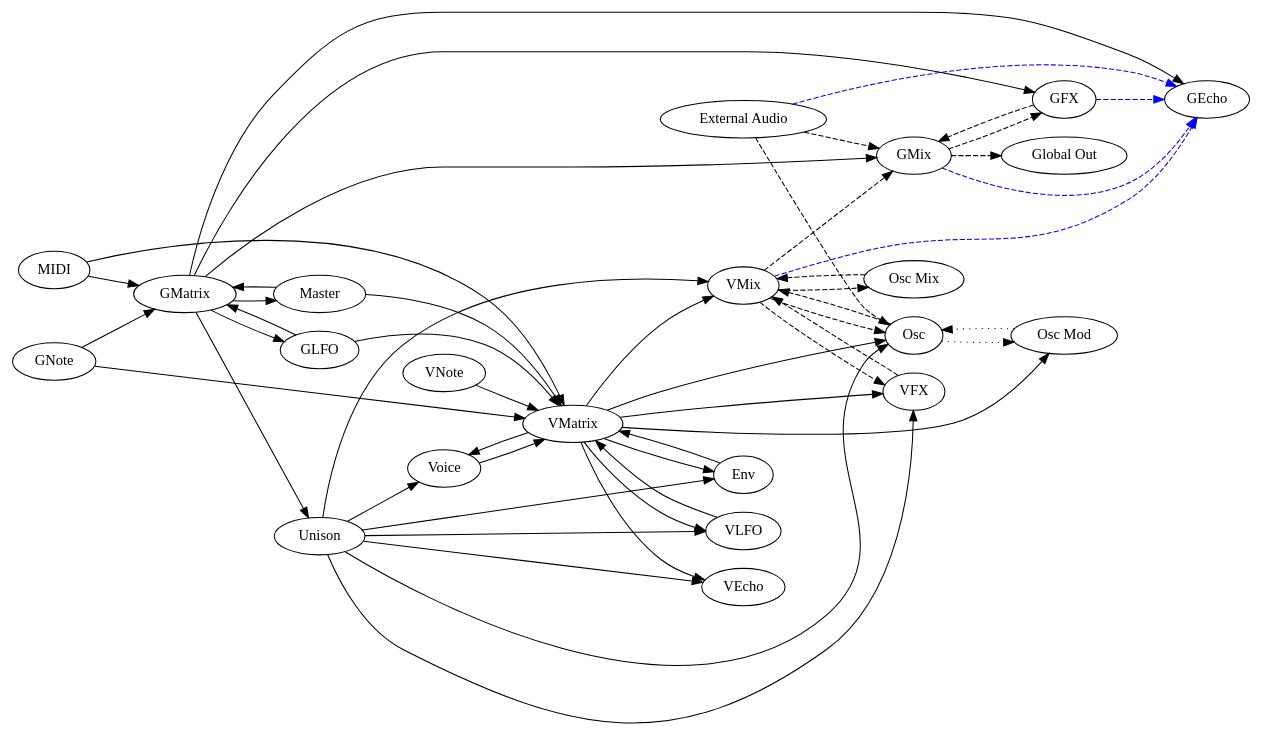
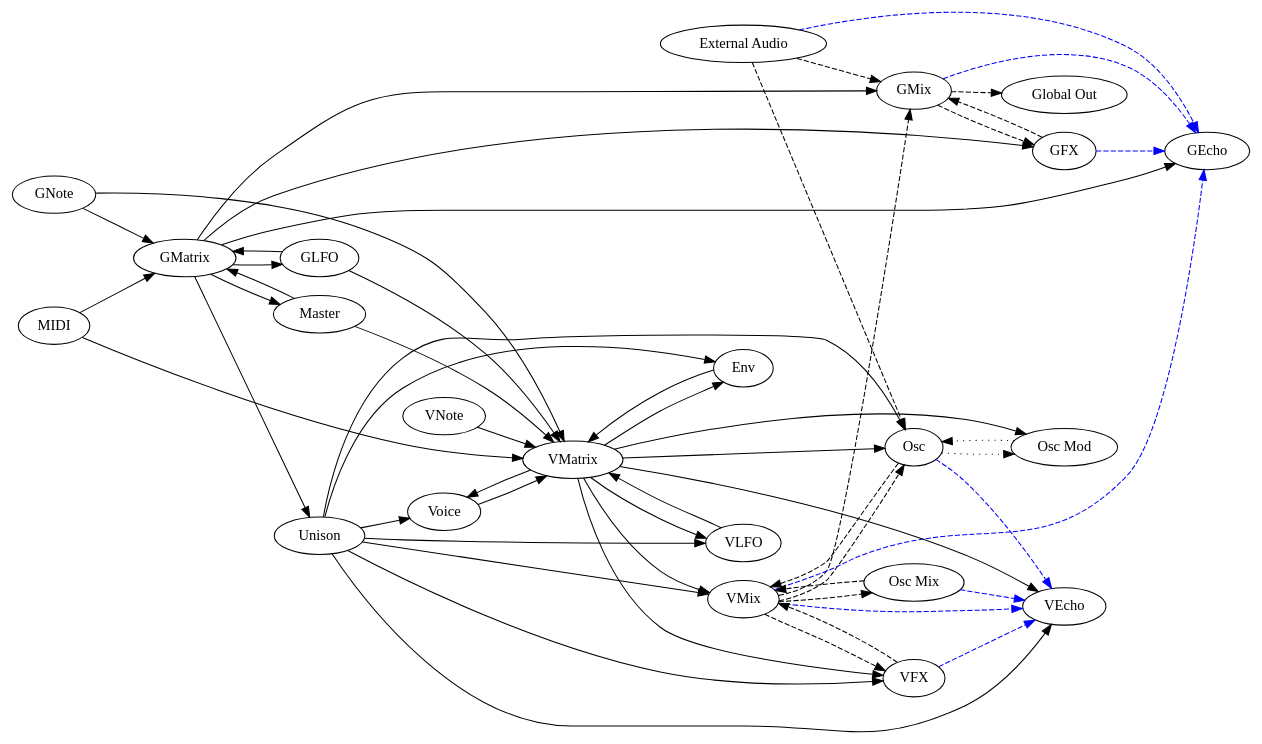
The diagram in static/routing_diagram.dot (sjoerdvankreel/firefly-synth-2), drawn with Graphviz before and after one commit. The commit also changed 1 other file, not shown here.

```diff
--- a/static/routing_diagram.dot
+++ b/static/routing_diagram.dot
@@ -1,87 +1,92 @@
 digraph Synth {
 
   rankdir="LR";
 
   "Voice"
   "Master"
   "VMix"
   "GMix"
   "Osc"
   "Osc Mod"
   "Osc Mix"
   "VFX"
   "GFX"
   "VEcho"
   "GEcho"
   "VLFO"
   "GLFO"
   "Env"
   "VMatrix"
   "GMatrix"
   "Unison"
   "MIDI"
   "GNote"
   "VNote"
   "Global Out"
   "External Audio"
 
   "GLFO" -> "GMatrix"
   "MIDI" -> "GMatrix"
   "GNote" -> "GMatrix"
   "Master" -> "GMatrix"
 
   "GMatrix" -> "Master"
   "GMatrix" -> "Unison"
   "GMatrix" -> "GFX"
   "GMatrix" -> "GLFO"
   "GMatrix" -> "GMix"
   "GMatrix" -> "GEcho"
 
   "GLFO" -> "VMatrix"
   "MIDI" -> "VMatrix"
   "GNote" -> "VMatrix"
   "Master" -> "VMatrix"
   "Voice" -> "VMatrix"
   "VNote" -> "VMatrix"
   "Env" -> "VMatrix"
   "VLFO" -> "VMatrix"
 
   "VMatrix" -> "Voice"
   "VMatrix" -> "Osc"
   "VMatrix" -> "Osc Mod"
   "VMatrix" -> "Env"
   "VMatrix" -> "VFX"
   "VMatrix" -> "VLFO"
   "VMatrix" -> "VMix"
   "VMatrix" -> "VEcho"
   
   "Unison" -> "Voice"
   "Unison" -> "VMix"
   "Unison" -> "Osc"
   "Unison" -> "VLFO"
   "Unison" -> "VFX"
   "Unison" -> "Env"
   "Unison" -> "VEcho"
   
   "Osc" -> "Osc Mod" [style = "dotted"]
   "Osc Mod" -> "Osc" [style = "dotted"]
   "External Audio" -> "Osc" [style = "dashed"]
 
   "Osc" -> "VMix" [style = "dashed"]
   "VFX" -> "VMix" [style = "dashed"]
   "Osc Mix" -> "VMix" [style = "dashed"]
   "VMix" -> "Osc" [style = "dashed"]
   "VMix" -> "VFX" [style = "dashed"]
   "VMix" -> "Osc Mix" [style = "dashed"]
 
   "VMix" -> "GMix" [style = "dashed"]
   "External Audio" -> "GMix" [style = "dashed"]
   "GFX" -> "GMix" [style = "dashed"]
   "GMix" -> "GFX" [style = "dashed"]
   "GMix" -> "Global Out" [style = "dashed"]
 
   "GFX" -> "GEcho" [style = "dashed"][color = "#0000FF"]
   "GMix" -> "GEcho" [style = "dashed"][color = "#0000FF"]
   "VMix" -> "GEcho" [style = "dashed"][color = "#0000FF"]
   "External Audio" -> "GEcho" [style = "dashed"][color = "#0000FF"]
+  
+  "VFX" -> "VEcho" [style = "dashed"][color = "#0000FF"]
+  "VMix" -> "VEcho" [style = "dashed"][color = "#0000FF"]
+  "Osc" -> "VEcho" [style = "dashed"][color = "#0000FF"]
+  "Osc Mix" -> "VEcho" [style = "dashed"][color = "#0000FF"]
 }
```
